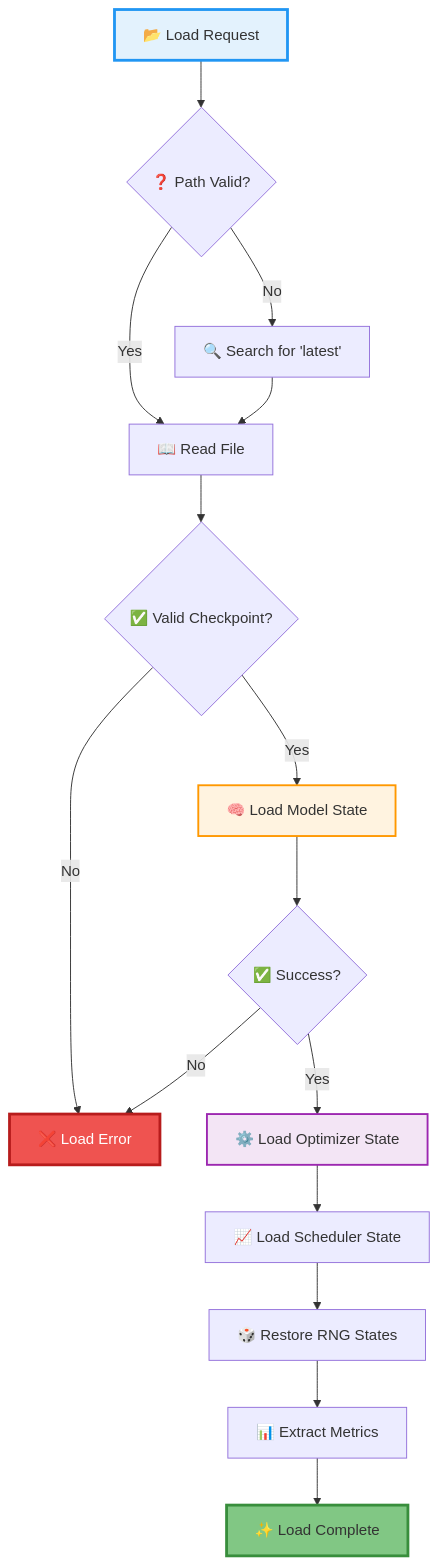
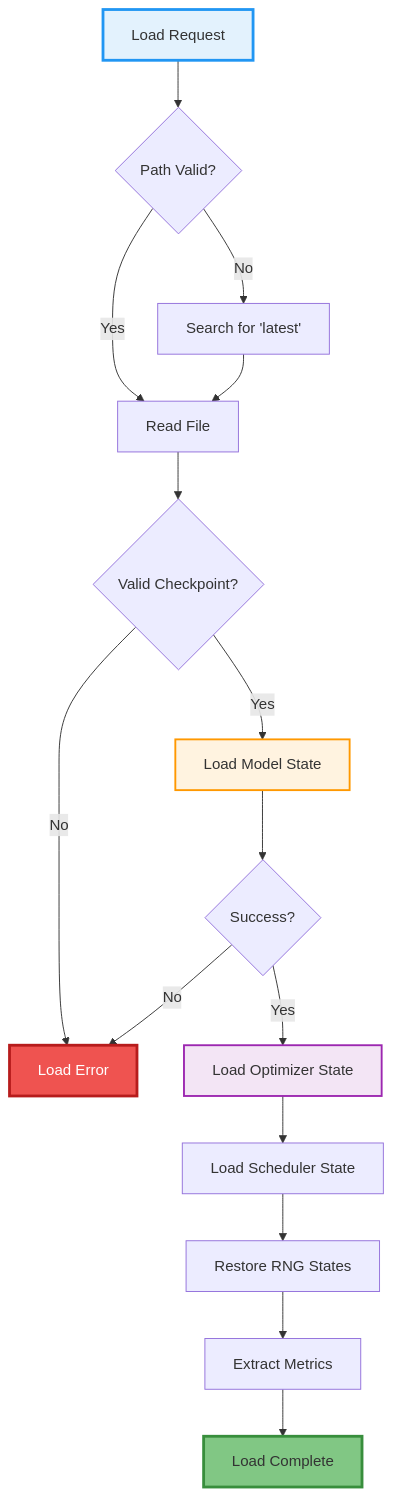
One commit to Pizzaman213/Ava_AI changed diagram 12 of 23 in code/docs/FLOWCHARTS_VISUAL.md. Above: the diagram before and after it, drawn with Mermaid. The commit also changed other lines of this file and 215 other files, not shown here.

````diff
--- a/code/docs/FLOWCHARTS_VISUAL.md
+++ b/code/docs/FLOWCHARTS_VISUAL.md
@@ -363,26 +363,26 @@
 ```mermaid
 graph TD
-    A[📂 Load Request] --> B{❓ Path Valid?}
-    B -->|No| C[🔍 Search for 'latest']
-    B -->|Yes| D[📖 Read File]
+    A[ Load Request] --> B{ Path Valid?}
+    B -->|No| C[ Search for 'latest']
+    B -->|Yes| D[ Read File]
     C --> D
 
-    D --> E{✅ Valid Checkpoint?}
-    E -->|No| F[❌ Load Error]
-    E -->|Yes| G[🧠 Load Model State]
+    D --> E{ Valid Checkpoint?}
+    E -->|No| F[ Load Error]
+    E -->|Yes| G[ Load Model State]
 
-    G --> H{✅ Success?}
+    G --> H{ Success?}
     H -->|No| F
-    H -->|Yes| I[⚙️ Load Optimizer State]
+    H -->|Yes| I[ Load Optimizer State]
 
-    I --> J[📈 Load Scheduler State]
-    J --> K[🎲 Restore RNG States]
-    K --> L[📊 Extract Metrics]
-    L --> M[✨ Load Complete]
+    I --> J[ Load Scheduler State]
+    J --> K[ Restore RNG States]
+    K --> L[ Extract Metrics]
+    L --> M[ Load Complete]
 
     style A fill:#E3F2FD,stroke:#2196F3,stroke-width:3px
     style F fill:#EF5350,stroke:#B71C1C,stroke-width:3px,color:#fff
     style G fill:#FFF3E0,stroke:#FF9800,stroke-width:2px
     style I fill:#F3E5F5,stroke:#9C27B0,stroke-width:2px
     style M fill:#81C784,stroke:#388E3C,stroke-width:3px
 ```
````
